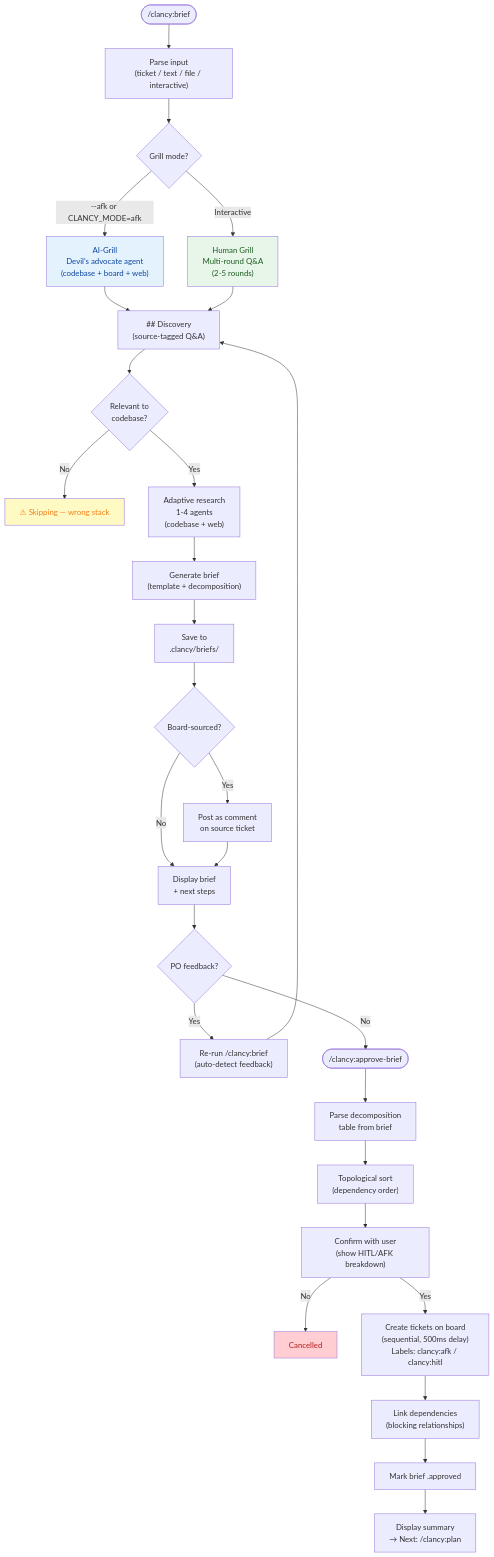
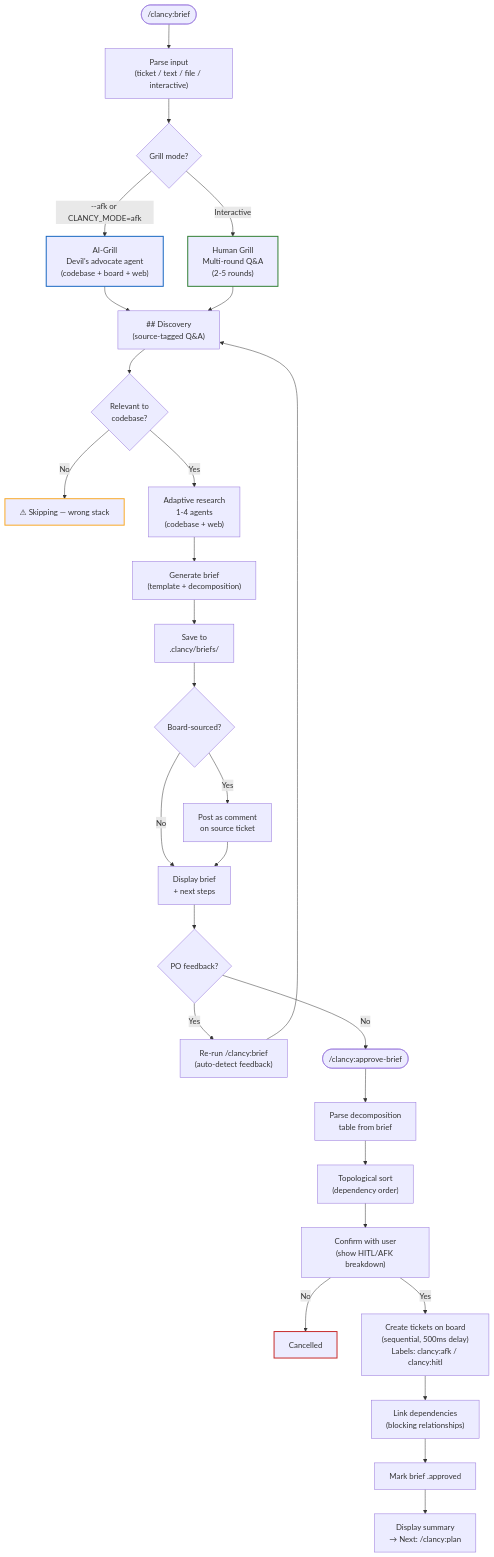
Before and after one commit to Pushedskydiver/clancy: the fourth of 8 diagrams in docs/VISUAL-ARCHITECTURE.md, drawn with Mermaid. The commit also changed other lines of this file, not shown here.

First line of the commit message:
💄 style: switch diagrams to stroke-only styling

````diff
--- a/docs/VISUAL-ARCHITECTURE.md
+++ b/docs/VISUAL-ARCHITECTURE.md
@@ -197,44 +197,44 @@
 ```mermaid
 flowchart TD
     Start(["/clancy:brief"]) --> Input["Parse input\n(ticket / text / file / interactive)"]
 
     Input --> GrillMode{"Grill mode?"}
     GrillMode -->|"--afk or CLANCY_MODE=afk"| AIGrill["AI-Grill\nDevil's advocate agent\n(codebase + board + web)"]
     GrillMode -->|Interactive| HumanGrill["Human Grill\nMulti-round Q&A\n(2-5 rounds)"]
 
     AIGrill --> Discovery["## Discovery\n(source-tagged Q&A)"]
     HumanGrill --> Discovery
 
     Discovery --> Relevance{"Relevant to\ncodebase?"}
     Relevance -->|No| Skip["⚠ Skipping — wrong stack"]
     Relevance -->|Yes| Research
 
     Research["Adaptive research\n1-4 agents\n(codebase + web)"] --> Generate["Generate brief\n(template + decomposition)"]
 
     Generate --> Save["Save to\n.clancy/briefs/"]
     Save --> PostBoard{"Board-sourced?"}
     PostBoard -->|Yes| Comment["Post as comment\non source ticket"]
     PostBoard -->|No| Display
     Comment --> Display["Display brief\n+ next steps"]
 
     Display --> ReviewLoop{"PO feedback?"}
     ReviewLoop -->|Yes| Revise["Re-run /clancy:brief\n(auto-detect feedback)"]
     Revise --> Discovery
     ReviewLoop -->|No| Approve
 
     Approve(["/clancy:approve-brief"]) --> Parse["Parse decomposition\ntable from brief"]
     Parse --> Topo["Topological sort\n(dependency order)"]
     Topo --> Confirm["Confirm with user\n(show HITL/AFK breakdown)"]
     Confirm -->|No| Cancel["Cancelled"]
     Confirm -->|Yes| Create
 
     Create["Create tickets on board\n(sequential, 500ms delay)\nLabels: clancy:afk / clancy:hitl"]
     Create --> Link["Link dependencies\n(blocking relationships)"]
     Link --> MarkApproved["Mark brief .approved"]
     MarkApproved --> Summary["Display summary\n→ Next: /clancy:plan"]
 
-    style Skip fill:#fff9c4,color:#f57f17
-    style Cancel fill:#ffcdd2,color:#b71c1c
-    style AIGrill fill:#e3f2fd,color:#0d47a1
-    style HumanGrill fill:#e8f5e9,color:#1b5e20
+    style Skip stroke:#f9a825,stroke-width:2px
+    style Cancel stroke:#c62828,stroke-width:2px
+    style AIGrill stroke:#1565c0,stroke-width:2px
+    style HumanGrill stroke:#2e7d32,stroke-width:2px
 ```
````
